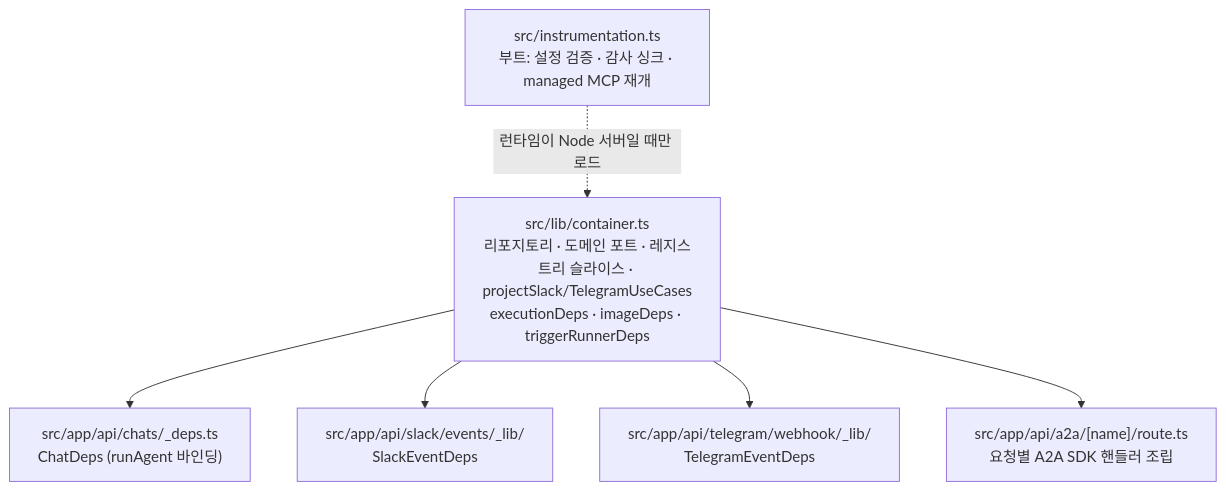
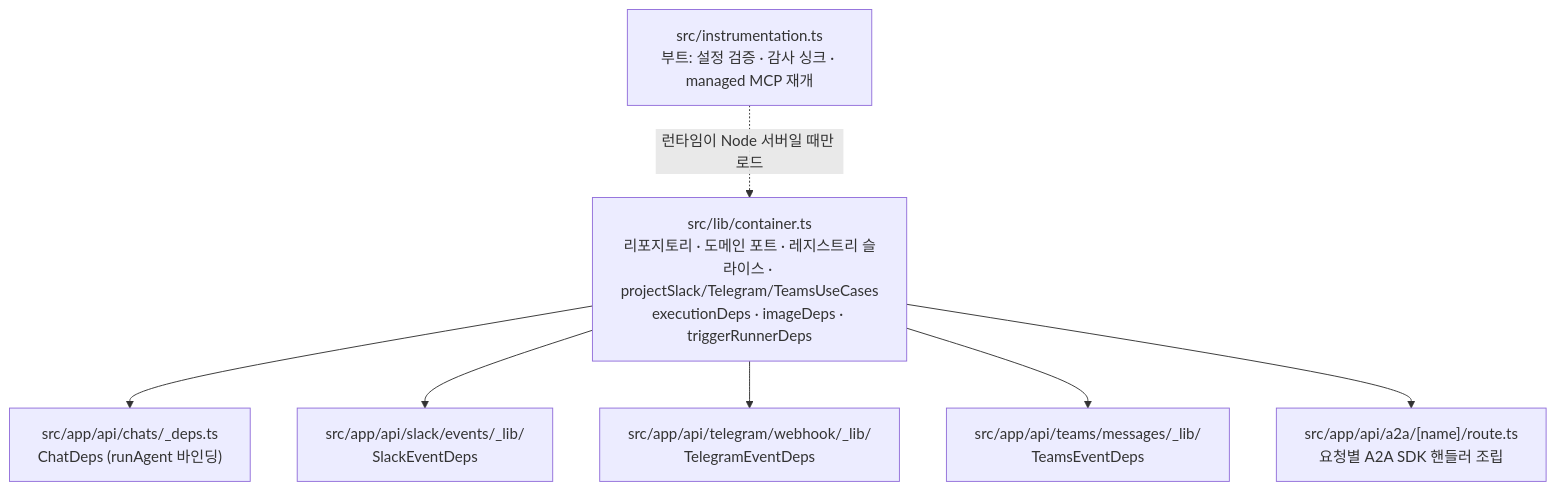
Before and after one commit to opspresso/agent-studio: the fifth of 6 diagrams in docs/DIAGRAMS.md, drawn with Mermaid. The commit also changed other lines of this file and 12 other files, not shown here.

````diff
--- a/docs/DIAGRAMS.md
+++ b/docs/DIAGRAMS.md
@@ -170,15 +177,17 @@
 ```mermaid
 flowchart TB
-  container["src/lib/container.ts<br/>리포지토리 · 도메인 포트 · 레지스트리 슬라이스 · projectSlack/TelegramUseCases<br/>executionDeps · imageDeps · triggerRunnerDeps"]
+  container["src/lib/container.ts<br/>리포지토리 · 도메인 포트 · 레지스트리 슬라이스 · projectSlack/Telegram/TeamsUseCases<br/>executionDeps · imageDeps · triggerRunnerDeps"]
   chatdeps["src/app/api/chats/_deps.ts<br/>ChatDeps (runAgent 바인딩)"]
   slackdeps["src/app/api/slack/events/_lib/<br/>SlackEventDeps"]
   tgdeps["src/app/api/telegram/webhook/_lib/<br/>TelegramEventDeps"]
+  teamsdeps["src/app/api/teams/messages/_lib/<br/>TeamsEventDeps"]
   a2aroute["src/app/api/a2a/[name]/route.ts<br/>요청별 A2A SDK 핸들러 조립"]
   boot["src/instrumentation.ts<br/>부트: 설정 검증 · 감사 싱크 · managed MCP 재개"]
 
   container --> chatdeps
   container --> slackdeps
   container --> tgdeps
+  container --> teamsdeps
   container --> a2aroute
   boot -.->|"런타임이 Node 서버일 때만 로드"| container
 ```
````
